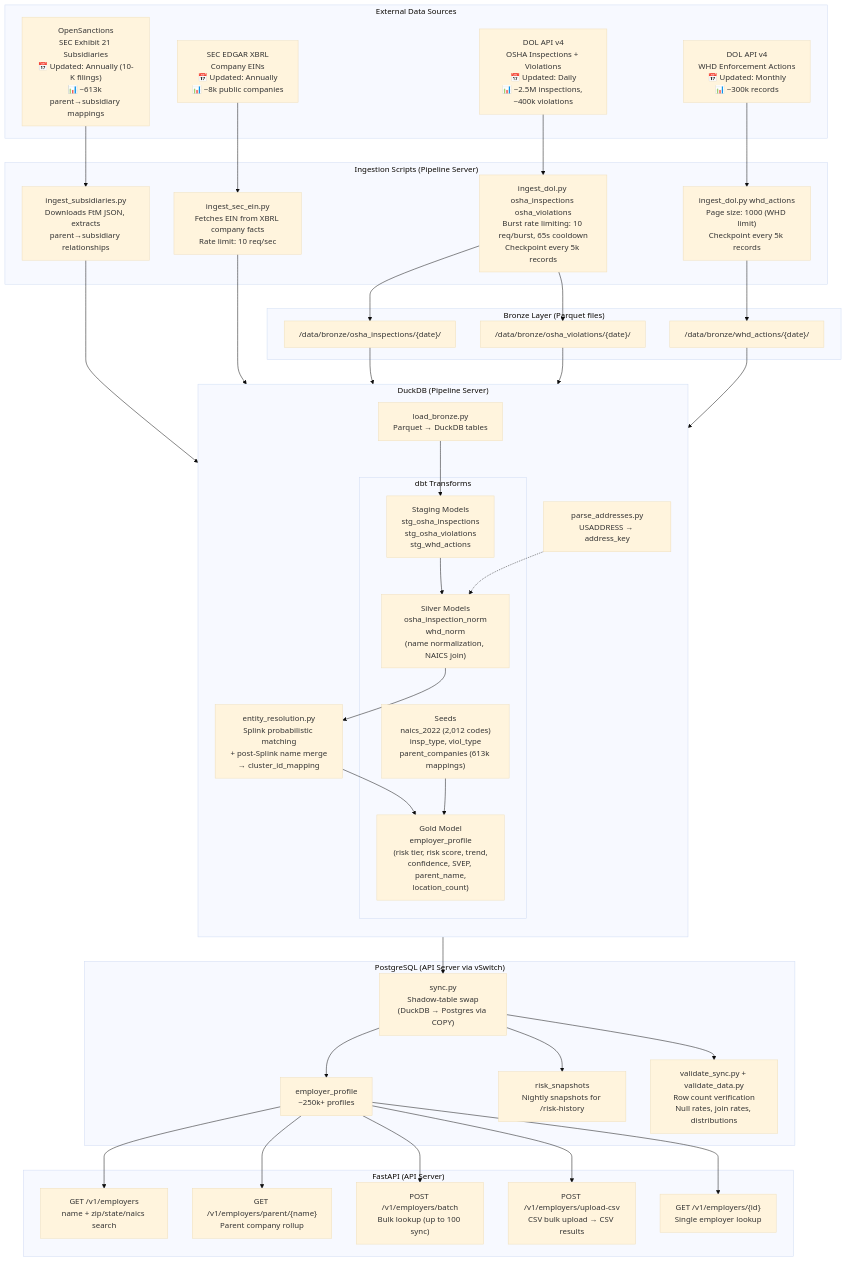
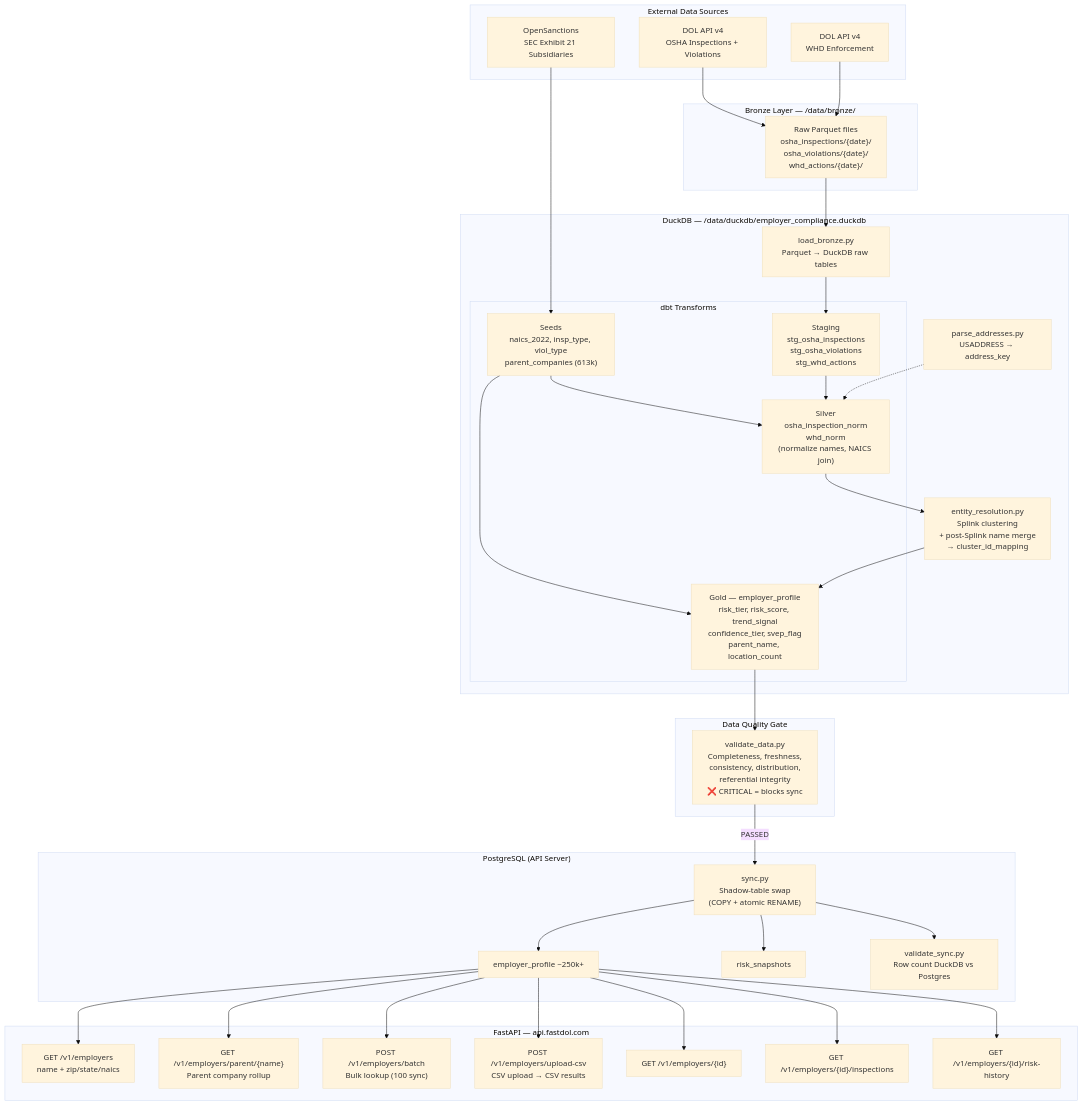
Before and after one commit to chillbot-io/workplace_compliance: the diagram in PIPELINE_ARCHITECTURE.md, drawn with Mermaid (base theme). The commit also changed other lines of this file, not shown here.

First line of the commit message:
Update PIPELINE_ARCHITECTURE.md — remove dead sources, add DQ gate

````diff
--- a/PIPELINE_ARCHITECTURE.md
+++ b/PIPELINE_ARCHITECTURE.md
@@ -5,71 +15,65 @@
 ```mermaid
 flowchart TB
     subgraph Sources["External Data Sources"]
-        DOL_OSHA["DOL API v4<br/>OSHA Inspections + Violations<br/>📅 Updated: Daily<br/>📊 ~2.5M inspections, ~400k violations"]
-        DOL_WHD["DOL API v4<br/>WHD Enforcement Actions<br/>📅 Updated: Monthly<br/>📊 ~300k records"]
-        SEC_EX21["OpenSanctions<br/>SEC Exhibit 21 Subsidiaries<br/>📅 Updated: Annually (10-K filings)<br/>📊 ~613k parent→subsidiary mappings"]
-        SEC_EDGAR["SEC EDGAR XBRL<br/>Company EINs<br/>📅 Updated: Annually<br/>📊 ~8k public companies"]
+        DOL_OSHA["DOL API v4<br/>OSHA Inspections + Violations"]
+        DOL_WHD["DOL API v4<br/>WHD Enforcement"]
+        SEC_EX21["OpenSanctions<br/>SEC Exhibit 21 Subsidiaries"]
     end
 
-    subgraph Ingestion["Ingestion Scripts (Pipeline Server)"]
-        ING_OSHA["ingest_dol.py osha_inspections osha_violations<br/>Burst rate limiting: 10 req/burst, 65s cooldown<br/>Checkpoint every 5k records"]
-        ING_WHD["ingest_dol.py whd_actions<br/>Page size: 1000 (WHD limit)<br/>Checkpoint every 5k records"]
-        ING_SUB["ingest_subsidiaries.py<br/>Downloads FtM JSON, extracts<br/>parent→subsidiary relationships"]
-        ING_EIN["ingest_sec_ein.py<br/>Fetches EIN from XBRL company facts<br/>Rate limit: 10 req/sec"]
+    subgraph Bronze["Bronze Layer — /data/bronze/"]
+        B_PARQUET["Raw Parquet files<br/>osha_inspections/{date}/<br/>osha_violations/{date}/<br/>whd_actions/{date}/"]
     end
 
-    subgraph Bronze["Bronze Layer (Parquet files)"]
-        B_OSHA_I["/data/bronze/osha_inspections/{date}/"]
-        B_OSHA_V["/data/bronze/osha_violations/{date}/"]
-        B_WHD["/data/bronze/whd_actions/{date}/"]
-    end
-
-    subgraph DuckDB["DuckDB (Pipeline Server)"]
-        direction TB
-        LOAD["load_bronze.py<br/>Parquet → DuckDB tables"]
+    subgraph DuckDB["DuckDB — /data/duckdb/employer_compliance.duckdb"]
+        LOAD["load_bronze.py<br/>Parquet → DuckDB raw tables"]
         PARSE["parse_addresses.py<br/>USADDRESS → address_key"]
 
         subgraph dbt["dbt Transforms"]
-            STAGING["Staging Models<br/>stg_osha_inspections<br/>stg_osha_violations<br/>stg_whd_actions"]
-            SILVER["Silver Models<br/>osha_inspection_norm<br/>whd_norm<br/>(name normalization, NAICS join)"]
-            SEEDS["Seeds<br/>naics_2022 (2,012 codes)<br/>insp_type, viol_type<br/>parent_companies (613k mappings)"]
-            GOLD["Gold Model<br/>employer_profile<br/>(risk tier, risk score, trend,<br/>confidence, SVEP, parent_name,<br/>location_count)"]
+            SEEDS["Seeds<br/>naics_2022, insp_type, viol_type<br/>parent_companies (613k)"]
+            STAGING["Staging<br/>stg_osha_inspections<br/>stg_osha_violations<br/>stg_whd_actions"]
+            SILVER["Silver<br/>osha_inspection_norm<br/>whd_norm<br/>(normalize names, NAICS join)"]
+            GOLD["Gold — employer_profile<br/>risk_tier, risk_score, trend_signal<br/>confidence_tier, svep_flag<br/>parent_name, location_count"]
         end
 
-        SPLINK["entity_resolution.py<br/>Splink probabilistic matching<br/>+ post-Splink name merge<br/>→ cluster_id_mapping"]
+        SPLINK["entity_resolution.py<br/>Splink clustering<br/>+ post-Splink name merge<br/>→ cluster_id_mapping"]
     end
 
-    subgraph Postgres["PostgreSQL (API Server via vSwitch)"]
-        SYNC["sync.py<br/>Shadow-table swap<br/>(DuckDB → Postgres via COPY)"]
-        EP["employer_profile<br/>~250k+ profiles"]
-        RS["risk_snapshots<br/>Nightly snapshots for /risk-history"]
-        VALIDATE["validate_sync.py + validate_data.py<br/>Row count verification<br/>Null rates, join rates, distributions"]
+    subgraph QualityGate["Data Quality Gate"]
+        DQ["validate_data.py<br/>Completeness, freshness,<br/>consistency, distribution,<br/>referential integrity<br/>❌ CRITICAL = blocks sync"]
     end
 
-    subgraph API["FastAPI (API Server)"]
-        SEARCH["GET /v1/employers<br/>name + zip/state/naics search"]
-        PARENT["GET /v1/employers/parent/{name}<br/>Parent company rollup"]
-        BATCH["POST /v1/employers/batch<br/>Bulk lookup (up to 100 sync)"]
-        UPLOAD["POST /v1/employers/upload-csv<br/>CSV bulk upload → CSV results"]
-        DETAIL["GET /v1/employers/{id}<br/>Single employer lookup"]
+    subgraph Postgres["PostgreSQL (API Server)"]
+        SYNC["sync.py<br/>Shadow-table swap<br/>(COPY + atomic RENAME)"]
+        EP["employer_profile ~250k+"]
+        RS["risk_snapshots"]
+        VALIDATE_SYNC["validate_sync.py<br/>Row count DuckDB vs Postgres"]
     end
 
-    %% Connections
-    DOL_OSHA --> ING_OSHA --> B_OSHA_I & B_OSHA_V
-    DOL_WHD --> ING_WHD --> B_WHD
-    SEC_EX21 --> ING_SUB --> SEEDS
-    SEC_EDGAR --> ING_EIN --> SEEDS
+    subgraph API["FastAPI — api.fastdol.com"]
+        SEARCH["GET /v1/employers<br/>name + zip/state/naics"]
+        PARENT["GET /v1/employers/parent/{name}<br/>Parent company rollup"]
+        BATCH["POST /v1/employers/batch<br/>Bulk lookup (100 sync)"]
+        UPLOAD["POST /v1/employers/upload-csv<br/>CSV upload → CSV results"]
+        DETAIL["GET /v1/employers/{id}"]
+        INSPECT["GET /v1/employers/{id}/inspections"]
+        RISK["GET /v1/employers/{id}/risk-history"]
+    end
 
-    B_OSHA_I & B_OSHA_V & B_WHD --> LOAD
-    LOAD --> STAGING
+    DOL_OSHA --> B_PARQUET
+    DOL_WHD --> B_PARQUET
+    SEC_EX21 --> SEEDS
+
+    B_PARQUET --> LOAD --> STAGING
+    SEEDS --> SILVER
+    SEEDS --> GOLD
     STAGING --> SILVER
-    SILVER --> SPLINK
-    SPLINK --> GOLD
-    SEEDS --> GOLD
     PARSE -.-> SILVER
+    SILVER --> SPLINK --> GOLD
 
-    GOLD --> SYNC --> EP & RS
-    SYNC --> VALIDATE
+    GOLD --> DQ
+    DQ -->|PASSED| SYNC
+    SYNC --> EP & RS
+    SYNC --> VALIDATE_SYNC
 
-    EP --> SEARCH & PARENT & BATCH & UPLOAD & DETAIL
+    EP --> SEARCH & PARENT & BATCH & UPLOAD & DETAIL & INSPECT & RISK
 ```
````
